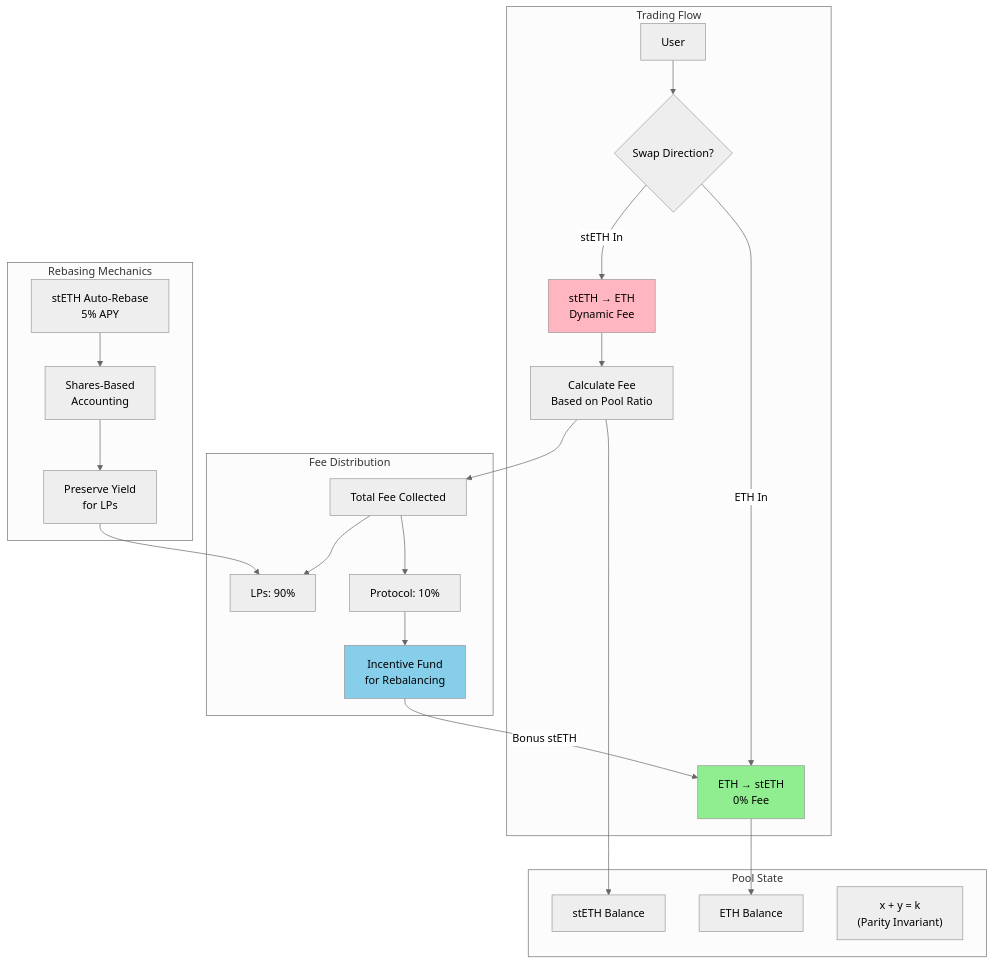
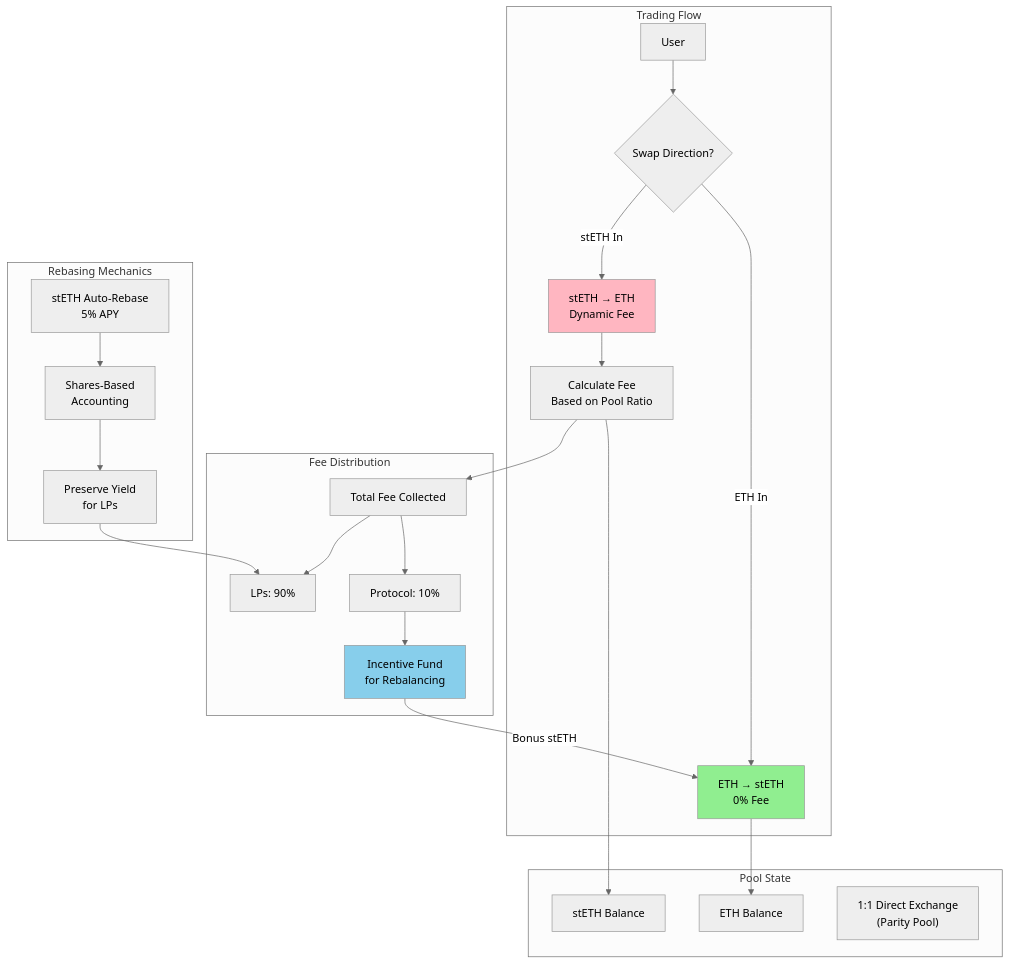
One commit to mcmoodoo/stETHer changed the first of 3 diagrams in README.md. Above: the diagram before and after it, drawn with Mermaid (neutral theme). The commit also changed other lines of this file, not shown here.

````diff
--- a/README.md
+++ b/README.md
@@ -5,49 +9,49 @@
 ```mermaid
 graph TB
     subgraph "Pool State"
         ETH[ETH Balance]
         STETH[stETH Balance]
-        INVARIANT["x + y = k<br/>(Parity Invariant)"]
+        EXCHANGE["1:1 Direct Exchange<br/>(Parity Pool)"]
     end
 
     subgraph "Trading Flow"
         USER[User]
         SWAP{Swap Direction?}
         ETHSTETH[ETH → stETH<br/>0% Fee]
         STETHETH[stETH → ETH<br/>Dynamic Fee]
         FEE_CALC[Calculate Fee<br/>Based on Pool Ratio]
     end
 
     subgraph "Fee Distribution"
         TOTAL_FEE[Total Fee Collected]
         PROTOCOL[Protocol: 10%]
         LPS[LPs: 90%]
         INCENTIVE[Incentive Fund<br/>for Rebalancing]
     end
 
     subgraph "Rebasing Mechanics"
         STETH_REBASE[stETH Auto-Rebase<br/>5% APY]
         SHARES[Shares-Based<br/>Accounting]
         YIELD[Preserve Yield<br/>for LPs]
     end
 
     USER --> SWAP
     SWAP -->|ETH In| ETHSTETH
     SWAP -->|stETH In| STETHETH
     ETHSTETH --> ETH
     STETHETH --> FEE_CALC
     FEE_CALC --> STETH
     FEE_CALC --> TOTAL_FEE
     TOTAL_FEE --> PROTOCOL
     TOTAL_FEE --> LPS
     PROTOCOL --> INCENTIVE
     INCENTIVE -->|Bonus stETH| ETHSTETH
 
     STETH_REBASE --> SHARES
     SHARES --> YIELD
     YIELD --> LPS
 
     style ETHSTETH fill:#90EE90
     style STETHETH fill:#FFB6C1
     style INCENTIVE fill:#87CEEB
 ```
````
